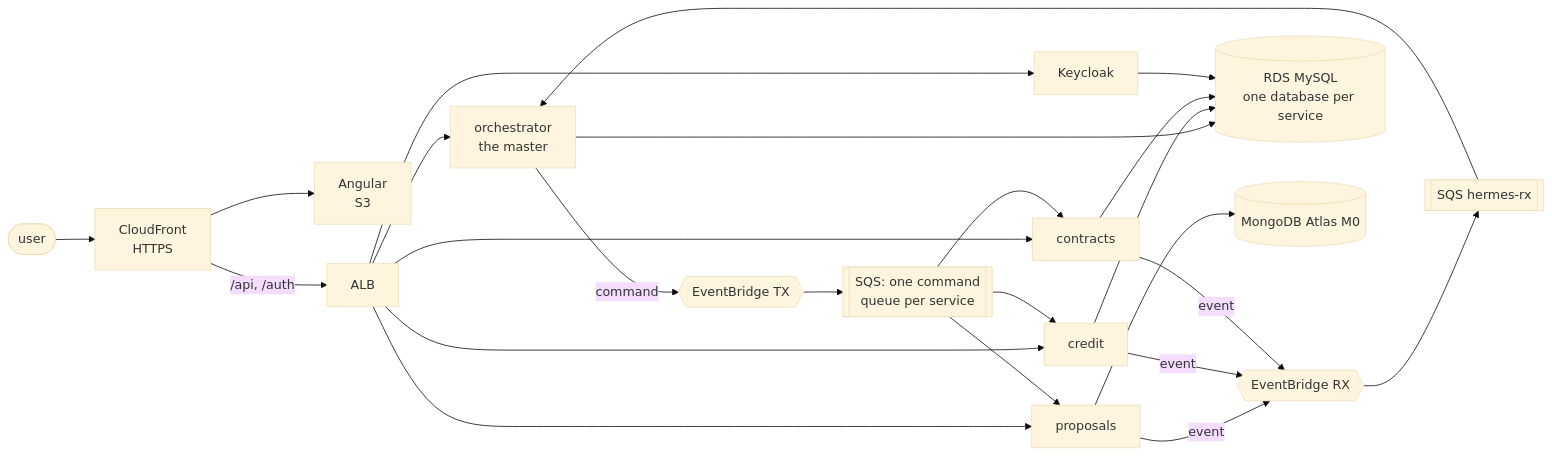
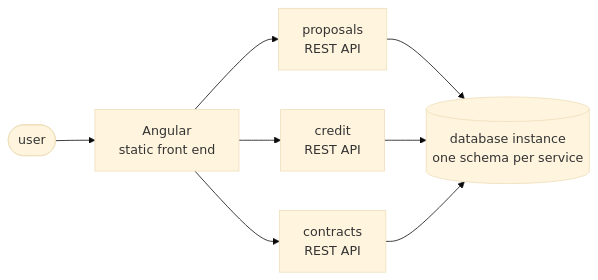
The diagram in README.md (Batchuka/spec-hermes), drawn with Mermaid (base theme) before and after one commit. The commit also changed other lines of this file and 3 other files, not shown here.

First line of the commit message:
docs(adr): ADR 0001 decides independent services, one per domain

````diff
--- a/README.md
+++ b/README.md
@@ -29,25 +29,13 @@
 ```mermaid
 flowchart LR
     user(["user"])
-    cf["CloudFront<br/>HTTPS"]
-    web["Angular<br/>S3"]
-    alb["ALB"]
-    kc["Keycloak"]
-    orch["orchestrator<br/>the master"]
-    prop["proposals"]
-    cred["credit"]
-    con["contracts"]
-    tx{{"EventBridge TX"}}
-    rx{{"EventBridge RX"}}
-    cq[["SQS: one command<br/>queue per service"]]
-    rxq[["SQS hermes-rx"]]
-    mysql[("RDS MySQL<br/>one database per service")]
-    mongo[("MongoDB Atlas M0")]
+    web["Angular<br/>static front end"]
+    prop["proposals<br/>REST API"]
+    cred["credit<br/>REST API"]
+    con["contracts<br/>REST API"]
+    db[("database instance<br/>one schema per service")]
 
-    user --> cf --> web
-    cf -->|"/api, /auth"| alb --> orch & prop & cred & con & kc
-    orch -->|command| tx --> cq --> prop & cred & con
-    prop & cred & con -->|event| rx --> rxq --> orch
-    orch & cred & con & kc --> mysql
-    prop --> mongo
+    user --> web
+    web --> prop & cred & con
+    prop & cred & con --> db
 ```
````
